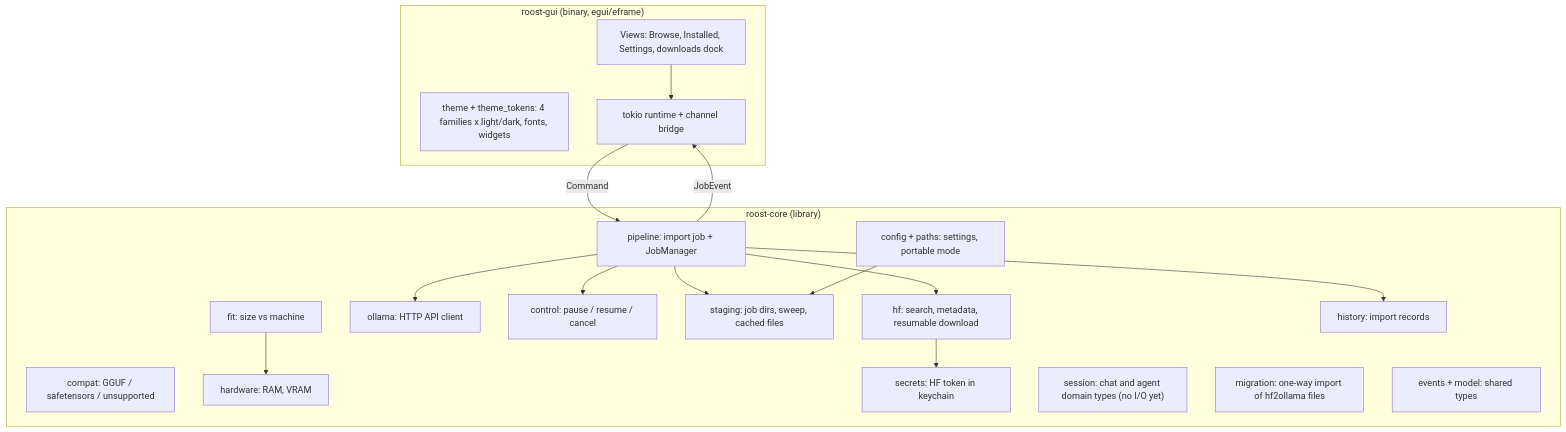
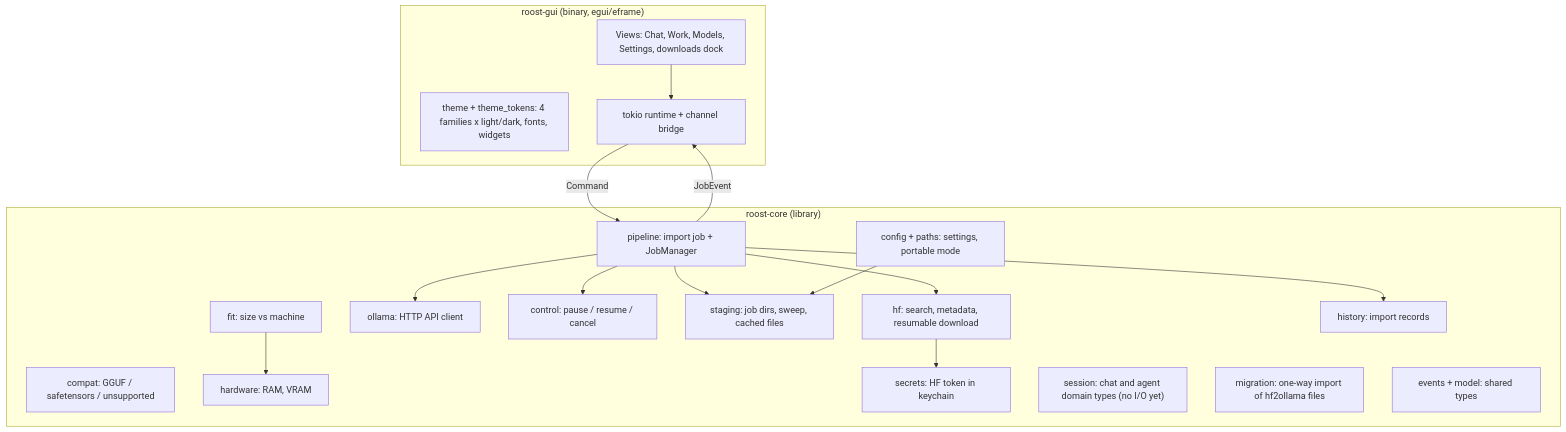
Before and after one commit to jdtobe/hf2ollama: the first of 3 diagrams in docs/ARCHITECTURE.md, drawn with Mermaid. The commit also changed other lines of this file and 24 other files, not shown here.

Commit message:
feat(gui): one Models tab - installed models and Hugging Face in a single list, with Chat, Work and Delete on installed models

````diff
--- a/docs/ARCHITECTURE.md
+++ b/docs/ARCHITECTURE.md
@@ -11,35 +11,35 @@
 ```mermaid
 flowchart TB
     subgraph gui["roost-gui (binary, egui/eframe)"]
-        views["Views: Browse, Installed, Settings, downloads dock"]
+        views["Views: Chat, Work, Models, Settings, downloads dock"]
         theme["theme + theme_tokens: 4 families x light/dark, fonts, widgets"]
         rt["tokio runtime + channel bridge"]
     end
     subgraph core["roost-core (library)"]
         hf["hf: search, metadata, resumable download"]
         ollama["ollama: HTTP API client"]
         pipeline["pipeline: import job + JobManager"]
         control["control: pause / resume / cancel"]
         staging["staging: job dirs, sweep, cached files"]
         compat["compat: GGUF / safetensors / unsupported"]
         fit["fit: size vs machine"]
         hardware["hardware: RAM, VRAM"]
         config["config + paths: settings, portable mode"]
         secrets["secrets: HF token in keychain"]
         history["history: import records"]
         session["session: chat and agent domain types (no I/O yet)"]
         migration["migration: one-way import of hf2ollama files"]
         events["events + model: shared types"]
     end
     views --> rt
     rt -- "Command" --> pipeline
     pipeline -- "JobEvent" --> rt
     pipeline --> hf
     pipeline --> ollama
     pipeline --> staging
     pipeline --> control
     pipeline --> history
     fit --> hardware
     hf --> secrets
     config --> staging
 ```
````
